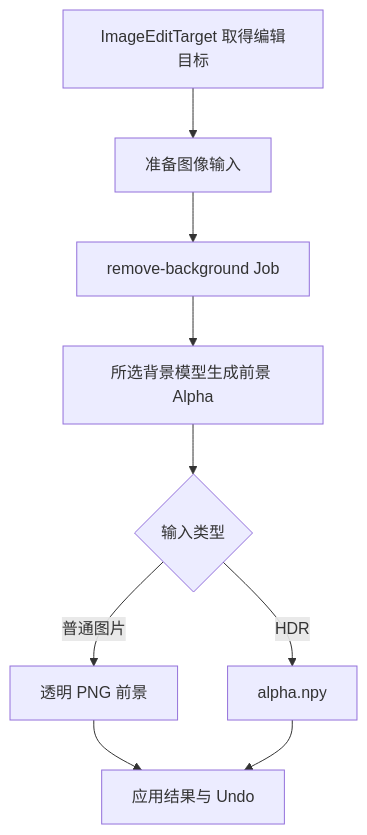
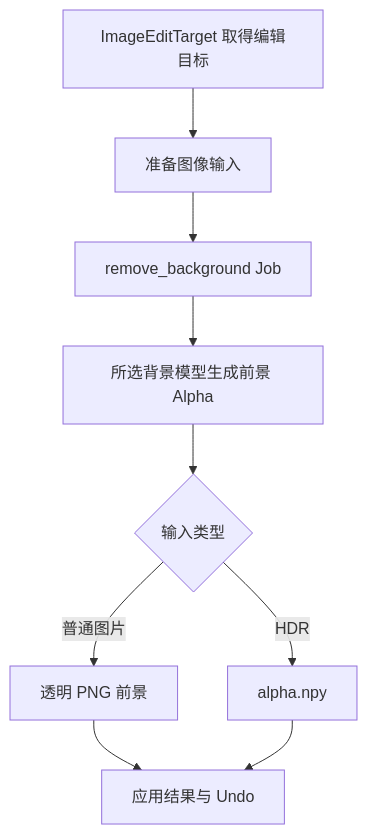
Before and after one commit to OmooLab/AnyImage: the diagram in docs/develop/operators/remove-background.md, drawn with Mermaid. The commit also changed other lines of this file and 168 other files, not shown here.

````diff
--- a/docs/develop/operators/remove-background.md
+++ b/docs/develop/operators/remove-background.md
@@ -5,11 +5,11 @@
 ```mermaid
 flowchart TD
     A[ImageEditTarget 取得编辑目标] --> B[准备图像输入]
-    B --> C[remove-background Job]
+    B --> C[remove_background Job]
     C --> D[所选背景模型生成前景 Alpha]
     D --> E{输入类型}
     E -- 普通图片 --> F[透明 PNG 前景]
     E -- HDR --> G[alpha.npy]
     F --> H[应用结果与 Undo]
     G --> H
 ```
````
